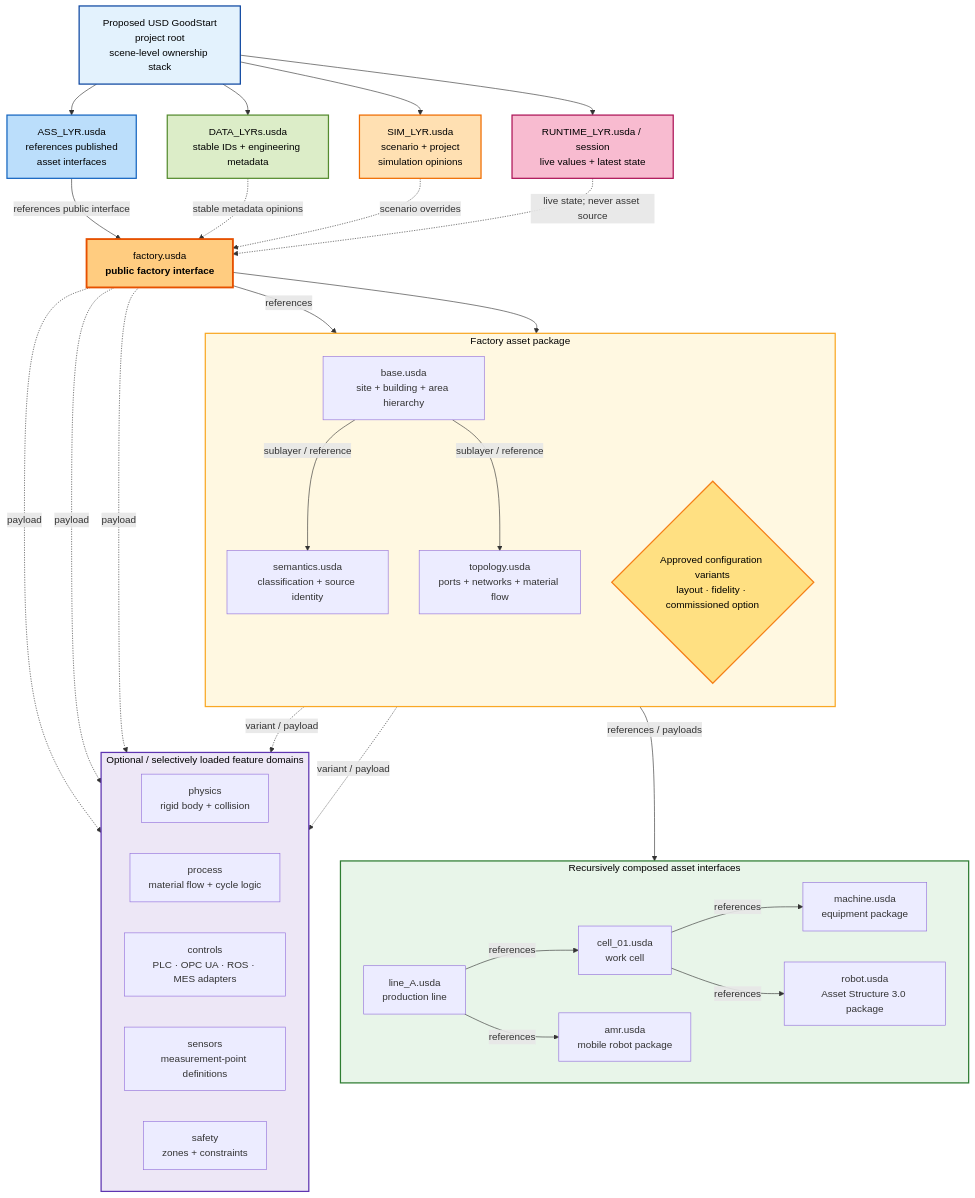
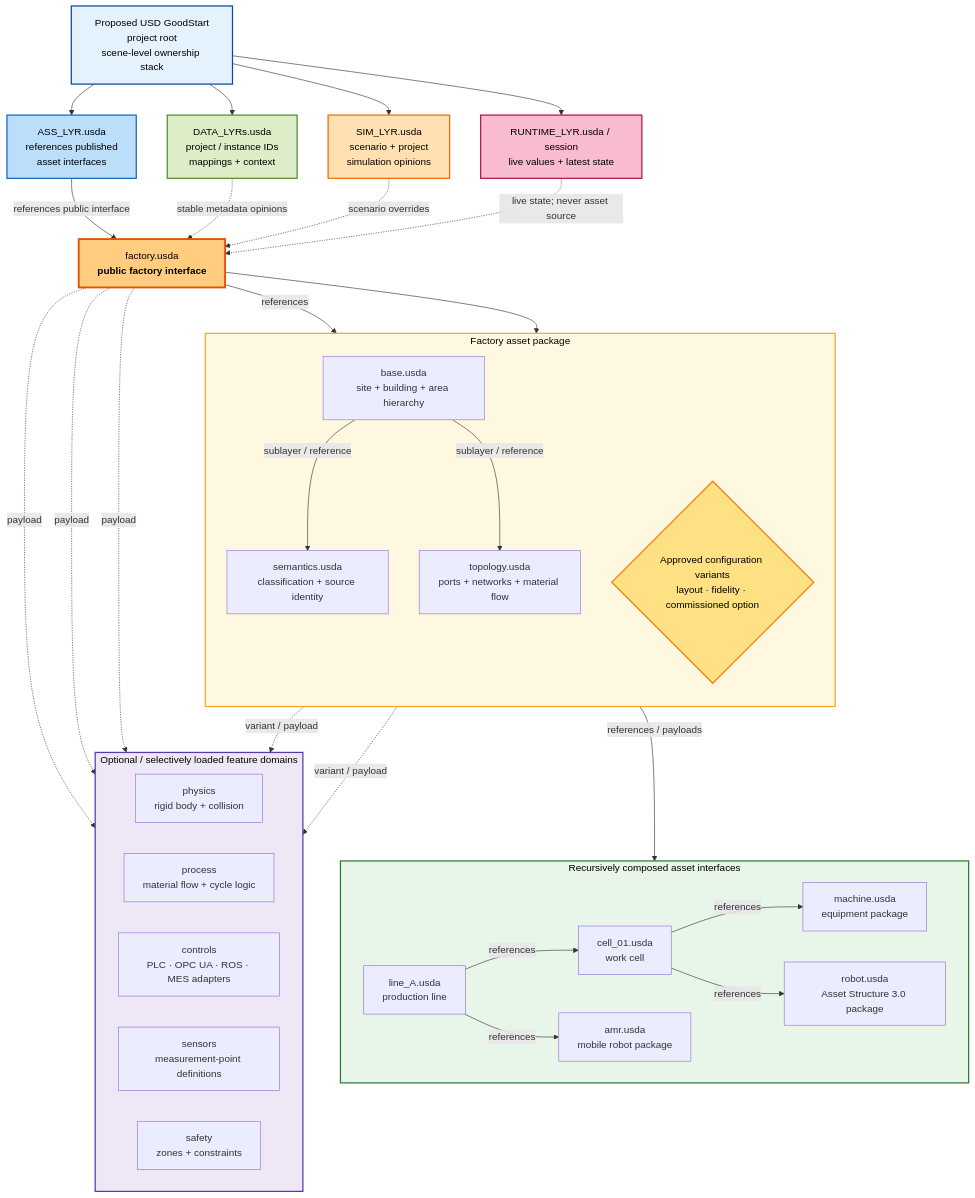
One commit to jph2/USD_GoodStart changed diagram 18 of 24 in WIP_Docs/LAYER_ORDER_REFERENCES_RESEARCH.md. Above: the diagram before and after it, drawn with Mermaid. The commit also changed other lines of this file, not shown here.

````diff
--- a/WIP_Docs/LAYER_ORDER_REFERENCES_RESEARCH.md
+++ b/WIP_Docs/LAYER_ORDER_REFERENCES_RESEARCH.md
@@ -2203,72 +2239,72 @@
 ```mermaid
 flowchart TB
     Root["Proposed USD GoodStart<br/>project root<br/>scene-level ownership stack"]
     ASS["ASS_LYR.usda<br/>references published<br/>asset interfaces"]
-    DATA["DATA_LYRs.usda<br/>stable IDs + engineering metadata"]
+    DATA["DATA_LYRs.usda<br/>project / instance IDs<br/>mappings + context"]
     SIM["SIM_LYR.usda<br/>scenario + project<br/>simulation opinions"]
     RUN["RUNTIME_LYR.usda / session<br/>live values + latest state"]
 
     Factory["factory.usda<br/><b>public factory interface</b>"]
 
     subgraph FactoryPackage["Factory asset package"]
         direction TB
         FactoryBase["base.usda<br/>site + building + area hierarchy"]
         FactorySem["semantics.usda<br/>classification + source identity"]
         FactoryTopo["topology.usda<br/>ports + networks + material flow"]
         FactoryVariants{"Approved configuration variants<br/>layout · fidelity · commissioned option"}
 
         FactoryBase -->|"sublayer / reference"| FactorySem
         FactoryBase -->|"sublayer / reference"| FactoryTopo
     end
 
     subgraph NestedAssets["Recursively composed asset interfaces"]
         direction LR
         Line["line_A.usda<br/>production line"]
         Cell["cell_01.usda<br/>work cell"]
         Machine["machine.usda<br/>equipment package"]
         Robot["robot.usda<br/>Asset Structure 3.0 package"]
         Mobile["amr.usda<br/>mobile robot package"]
 
         Line -->|"references"| Cell
         Cell -->|"references"| Machine
         Cell -->|"references"| Robot
         Line -->|"references"| Mobile
     end
 
     subgraph FeatureDomains["Optional / selectively loaded feature domains"]
         direction LR
         Physics["physics<br/>rigid body + collision"]
         Process["process<br/>material flow + cycle logic"]
         Controls["controls<br/>PLC · OPC UA · ROS · MES adapters"]
         Sensors["sensors<br/>measurement-point definitions"]
         Safety["safety<br/>zones + constraints"]
     end
 
     Root --> ASS
     Root --> DATA
     Root --> SIM
     Root --> RUN
     ASS -->|"references public interface"| Factory
     Factory -->|"references"| FactoryBase
     FactoryBase -->|"references / payloads"| Line
     Factory --> FactoryVariants
     FactoryVariants -.->|"variant / payload"| Physics
     FactoryVariants -.->|"variant / payload"| Process
     Factory -.->|"payload"| Controls
     Factory -.->|"payload"| Sensors
     Factory -.->|"payload"| Safety
     DATA -.->|"stable metadata opinions"| Factory
     SIM -.->|"scenario overrides"| Factory
     RUN -.->|"live state; never asset source"| Factory
 
     style Root fill:#e3f2fd,stroke:#0d47a1,stroke-width:2px,color:#000
     style ASS fill:#bbdefb,stroke:#1565c0,stroke-width:2px,color:#000
     style DATA fill:#dcedc8,stroke:#558b2f,stroke-width:2px,color:#000
     style SIM fill:#ffe0b2,stroke:#ef6c00,stroke-width:2px,color:#000
     style RUN fill:#f8bbd0,stroke:#ad1457,stroke-width:2px,color:#000
     style Factory fill:#ffcc80,stroke:#e65100,stroke-width:3px,color:#000
     style FactoryPackage fill:#fff8e1,stroke:#f9a825,stroke-width:2px,color:#000
     style NestedAssets fill:#e8f5e9,stroke:#2e7d32,stroke-width:2px,color:#000
     style FeatureDomains fill:#ede7f6,stroke:#5e35b1,stroke-width:2px,color:#000
     style FactoryVariants fill:#ffe082,stroke:#f57f17,stroke-width:2px,color:#000
 ```
````
